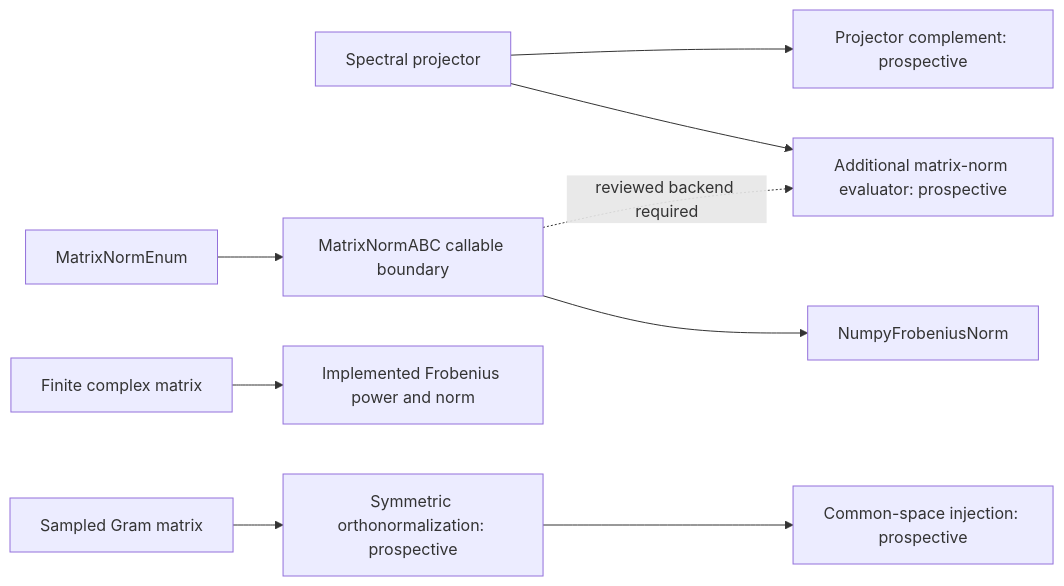
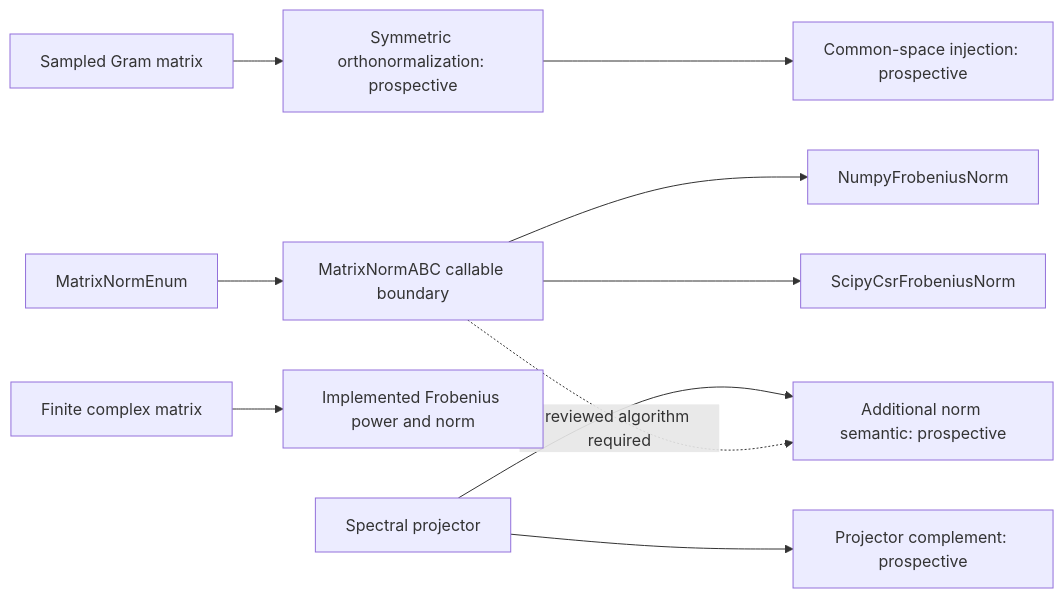
The fourth of 6 diagrams in docs/architecture/projectkoios/numerics/linalg/schematics.md (eragasa/projectkoios-optimization), drawn with Mermaid before and after one commit. The commit also changed other lines of this file and 12 other files, not shown here.

Commit message:
Add SciPy CSR Frobenius norm

````diff
--- a/docs/architecture/projectkoios/numerics/linalg/schematics.md
+++ b/docs/architecture/projectkoios/numerics/linalg/schematics.md
@@ -88,11 +89,12 @@
 ```mermaid
 flowchart LR
     P[Spectral projector] --> C[Operator compression: prospective]
     P --> K[Projector complement: prospective]
     G[Sampled Gram matrix] --> O[Symmetric orthonormalization: prospective]
     O --> J[Common-space injection: prospective]
     N[Finite complex matrix] --> M[Implemented Frobenius power and norm]
     E[MatrixNormEnum] --> A[MatrixNormABC callable boundary]
     A --> B[NumpyFrobeniusNorm]
-    A -. reviewed backend required .-> C[Additional matrix-norm evaluator: prospective]
+    A --> S[ScipyCsrFrobeniusNorm]
+    A -. reviewed algorithm required .-> C[Additional norm semantic: prospective]
 ```
````
